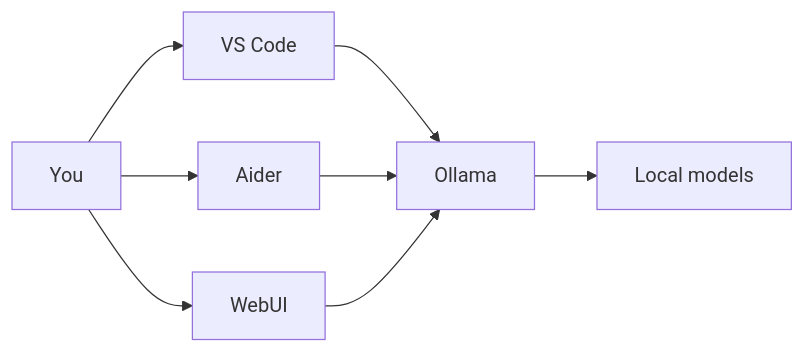
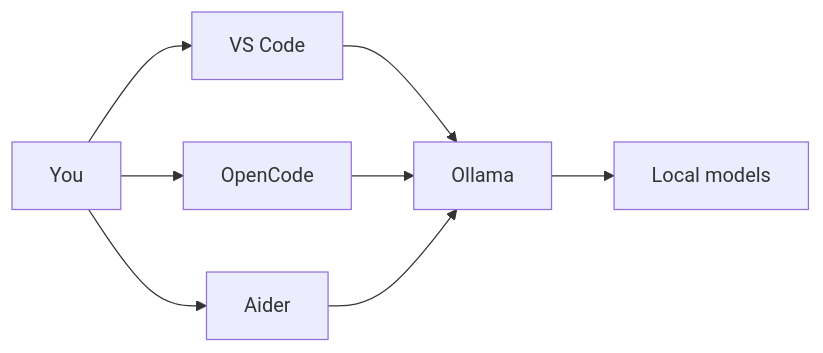
One commit to Nonarkara/offline-ai-coding changed the first of 3 diagrams in README.md. Above: the diagram before and after it, drawn with Mermaid. The commit also changed other lines of this file and 18 other files, not shown here.

First line of the commit message:
Add OpenCode, OpenRouter free-model path, and studio guardrails

````diff
--- a/README.md
+++ b/README.md
@@ -137,10 +158,10 @@
 ```mermaid
 flowchart LR
     You[You] --> VS[VS Code]
+    You --> OC[OpenCode]
     You --> Aid[Aider]
-    You --> Web[WebUI]
     VS --> Ol[Ollama]
+    OC --> Ol
     Aid --> Ol
-    Web --> Ol
     Ol --> Disk[Local models]
 ```
````
